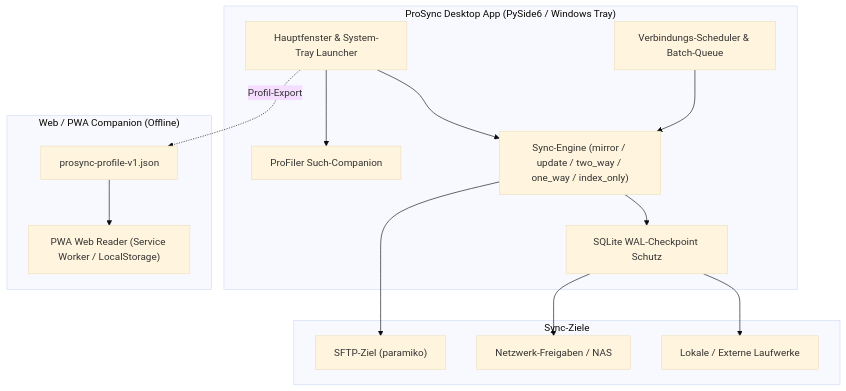
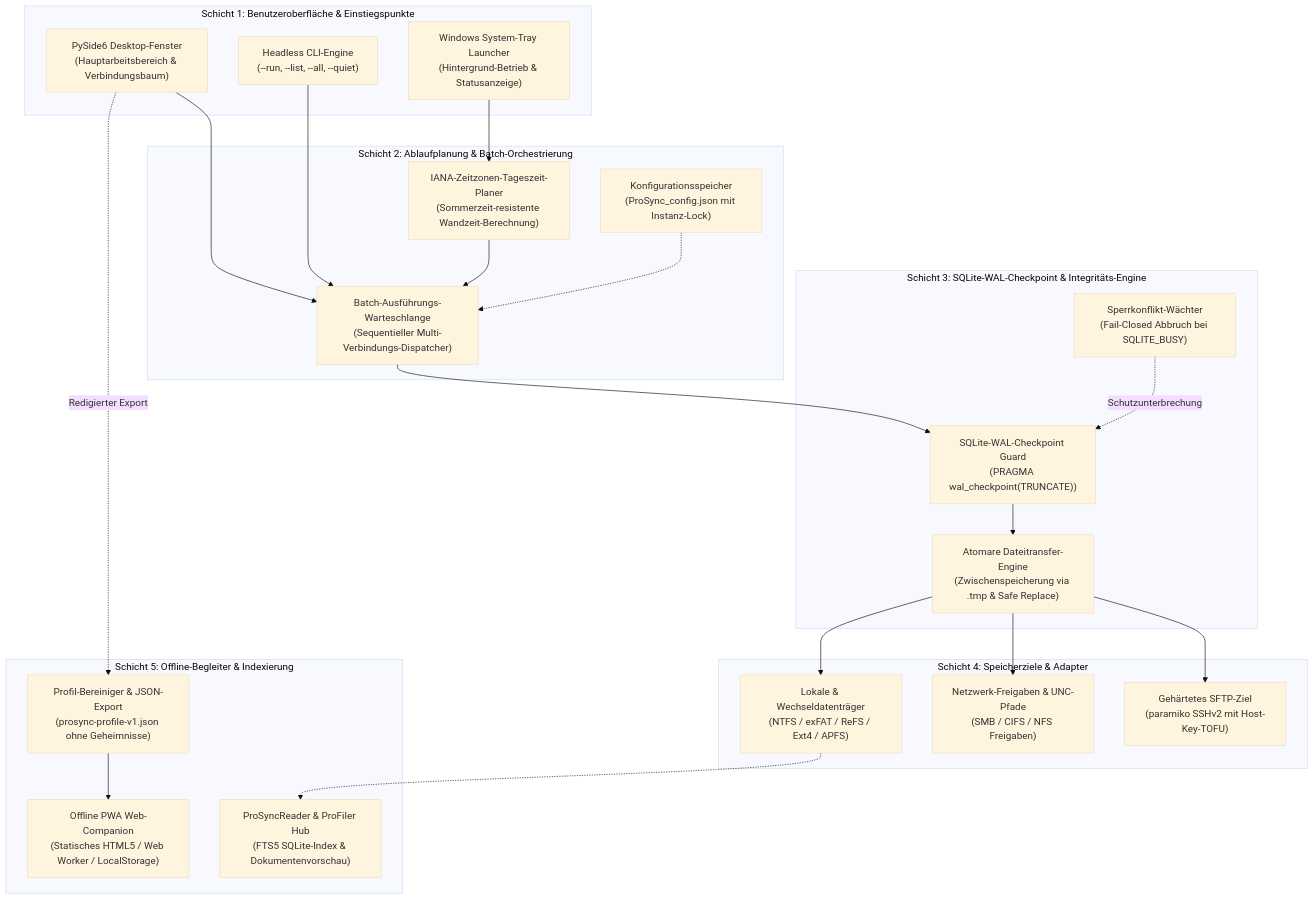
The first of 2 diagrams in README_de.md (file-bricks/ProSync), drawn with Mermaid (base theme) before and after one commit. The commit also changed other lines of this file and 7 other files, not shown here.

Commit message:
chore(marketing): Pfad B discoverability, visual architecture, 18-point nav parity & metadata contract [G 2026-09-18]

````diff
--- a/README_de.md
+++ b/README_de.md
@@ -45,31 +204,50 @@
 ```mermaid
 flowchart TD
-    subgraph Desktop["ProSync Desktop App (PySide6 / Windows Tray)"]
-        GUI["Hauptfenster & System-Tray Launcher"]
-        SyncEngine["Sync-Engine (mirror / update / two_way / one_way / index_only)"]
-        WALGuard["SQLite WAL-Checkpoint Schutz"]
-        Scheduler["Verbindungs-Scheduler & Batch-Queue"]
-        Reader["ProFiler Such-Companion"]
+    subgraph Layer1 ["Schicht 1: Benutzeroberfläche & Einstiegspunkte"]
+        UI_GUI["PySide6 Desktop-Fenster<br/>(Hauptarbeitsbereich & Verbindungsbaum)"]
+        UI_TRAY["Windows System-Tray Launcher<br/>(Hintergrund-Betrieb & Statusanzeige)"]
+        UI_CLI["Headless CLI-Engine<br/>(--run, --list, --all, --quiet)"]
     end
 
-    subgraph Targets["Sync-Ziele"]
-        LocalDir["Lokale / Externe Laufwerke"]
-        NetDir["Netzwerk-Freigaben / NAS"]
-        SFTP["SFTP-Ziel (paramiko)"]
+    subgraph Layer2 ["Schicht 2: Ablaufplanung & Batch-Orchestrierung"]
+        SCHED["IANA-Zeitzonen-Tageszeit-Planer<br/>(Sommerzeit-resistente Wandzeit-Berechnung)"]
+        QUEUE["Batch-Ausführungs-Warteschlange<br/>(Sequentieller Multi-Verbindungs-Dispatcher)"]
+        CONF["Konfigurationsspeicher<br/>(ProSync_config.json mit Instanz-Lock)"]
     end
 
-    subgraph WebCompanion["Web / PWA Companion (Offline)"]
-        ProfileJSON["prosync-profile-v1.json"]
-        WebPWA["PWA Web Reader (Service Worker / LocalStorage)"]
+    subgraph Layer3 ["Schicht 3: SQLite-WAL-Checkpoint & Integritäts-Engine"]
+        WAL_GUARD["SQLite-WAL-Checkpoint Guard<br/>(PRAGMA wal_checkpoint(TRUNCATE))"]
+        ATOMIC_COPY["Atomare Dateitransfer-Engine<br/>(Zwischenspeicherung via .tmp & Safe Replace)"]
+        LOCK_CHECK["Sperrkonflikt-Wächter<br/>(Fail-Closed Abbruch bei SQLITE_BUSY)"]
     end
 
-    GUI --> SyncEngine
-    Scheduler --> SyncEngine
-    SyncEngine --> WALGuard
-    WALGuard --> LocalDir
-    WALGuard --> NetDir
-    SyncEngine --> SFTP
-    GUI --> Reader
-    GUI -.->|Profil-Export| ProfileJSON
-    ProfileJSON --> WebPWA
+    subgraph Layer4 ["Schicht 4: Speicherziele & Adapter"]
+        DEST_LOCAL["Lokale & Wechseldatenträger<br/>(NTFS / exFAT / ReFS / Ext4 / APFS)"]
+        DEST_NAS["Netzwerk-Freigaben & UNC-Pfade<br/>(SMB / CIFS / NFS Freigaben)"]
+        DEST_SFTP["Gehärtetes SFTP-Ziel<br/>(paramiko SSHv2 mit Host-Key-TOFU)"]
+    end
+
+    subgraph Layer5 ["Schicht 5: Offline-Begleiter & Indexierung"]
+        EXP_PWA["Profil-Bereiniger & JSON-Export<br/>(prosync-profile-v1.json ohne Geheimnisse)"]
+        APP_PWA["Offline PWA Web-Companion<br/>(Statisches HTML5 / Web Worker / LocalStorage)"]
+        SEARCH_PRO["ProSyncReader & ProFiler Hub<br/>(FTS5 SQLite-Index & Dokumentenvorschau)"]
+    end
+
+    UI_GUI --> QUEUE
+    UI_TRAY --> SCHED
+    UI_CLI --> QUEUE
+    SCHED --> QUEUE
+    CONF -.-> QUEUE
+
+    QUEUE --> WAL_GUARD
+    WAL_GUARD --> ATOMIC_COPY
+    LOCK_CHECK -.->|"Schutzunterbrechung"| WAL_GUARD
+
+    ATOMIC_COPY --> DEST_LOCAL
+    ATOMIC_COPY --> DEST_NAS
+    ATOMIC_COPY --> DEST_SFTP
+
+    UI_GUI -.->|"Redigierter Export"| EXP_PWA
+    EXP_PWA --> APP_PWA
+    DEST_LOCAL -.-> SEARCH_PRO
 ```
````
